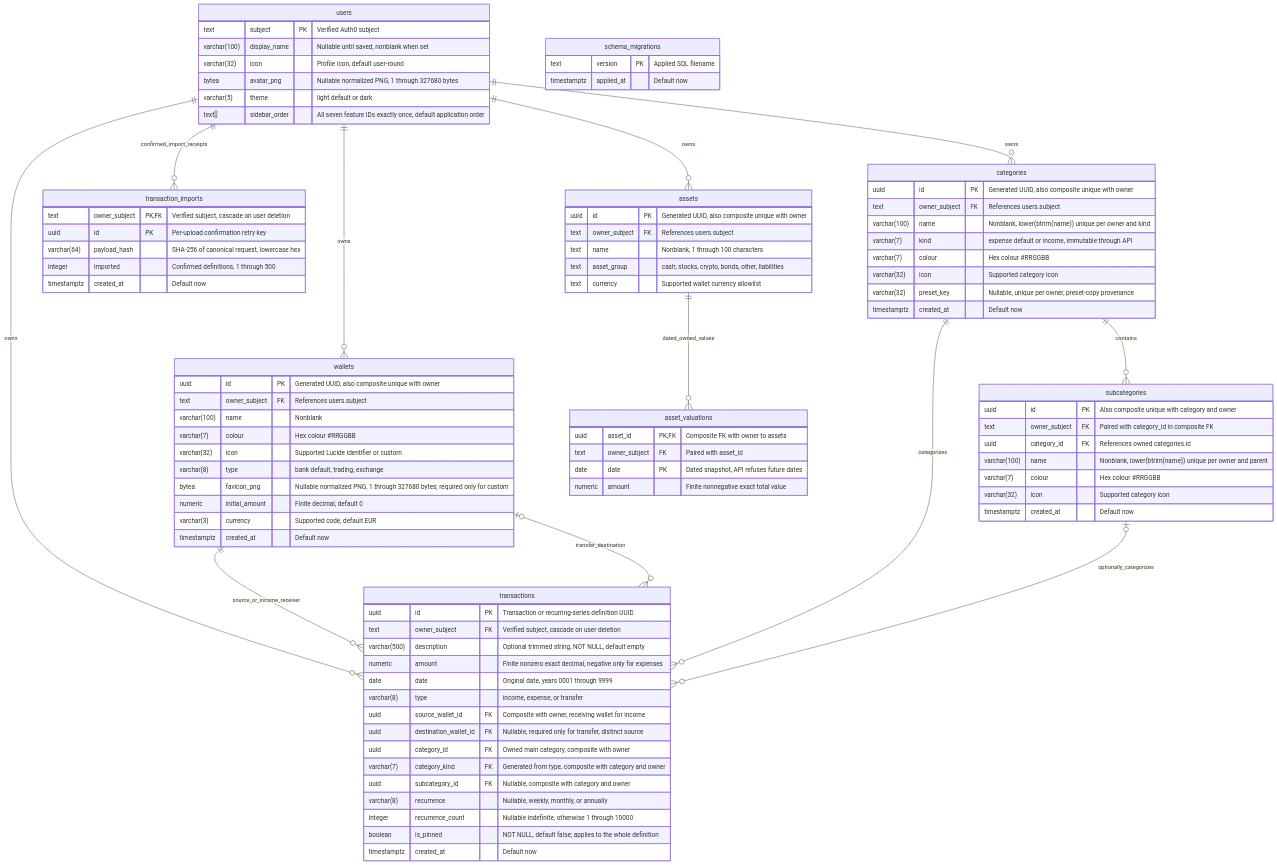
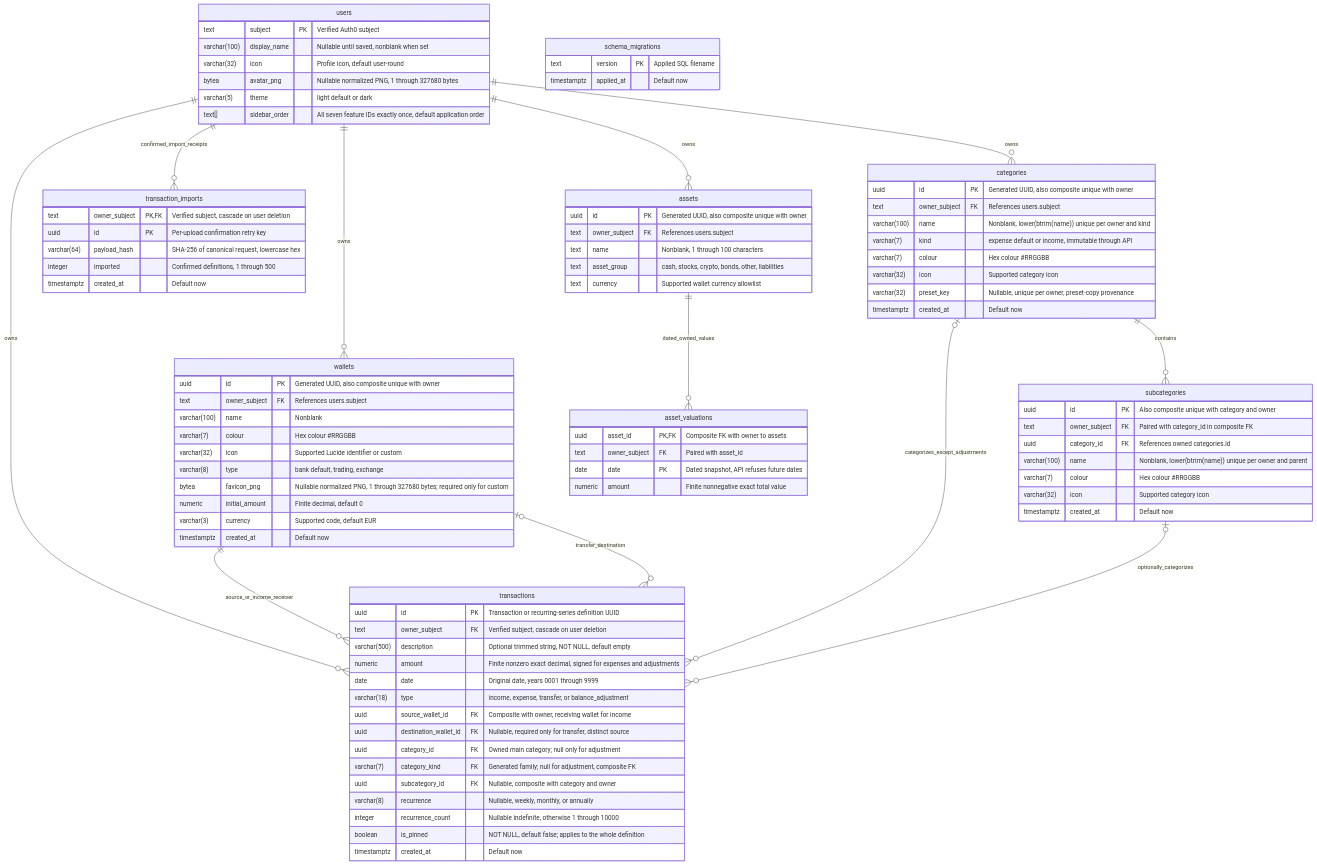
Before and after one commit to lucagiorgino/wealth: the first of 33 diagrams in docs/IMPLEMENTATION_STATUS.md, drawn with Mermaid. The commit also changed other lines of this file and 25 other files, not shown here.

First line of the commit message:
feat(transactions): add neutral next-month balance adjustments

```diff
--- a/docs/IMPLEMENTATION_STATUS.md
+++ b/docs/IMPLEMENTATION_STATUS.md
@@ -500,7 +500,7 @@
     assets ||--o{ asset_valuations : dated_owned_values
     wallets ||--o{ transactions : source_or_income_receiver
     wallets |o--o{ transactions : transfer_destination
-    categories ||--o{ transactions : categorizes
+    categories |o--o{ transactions : categorizes_except_adjustments
     subcategories |o--o{ transactions : optionally_categorizes
     users {
         text subject PK "Verified Auth0 subject"
@@ -558,13 +558,13 @@
         uuid id PK "Transaction or recurring-series definition UUID"
         text owner_subject FK "Verified subject, cascade on user deletion"
         varchar(500) description "Optional trimmed string, NOT NULL, default empty"
-        numeric amount "Finite nonzero exact decimal, negative only for expenses"
+        numeric amount "Finite nonzero exact decimal, signed for expenses and adjustments"
         date date "Original date, years 0001 through 9999"
-        varchar(8) type "income, expense, or transfer"
+        varchar(18) type "income, expense, transfer, or balance_adjustment"
         uuid source_wallet_id FK "Composite with owner, receiving wallet for income"
         uuid destination_wallet_id FK "Nullable, required only for transfer, distinct source"
-        uuid category_id FK "Owned main category, composite with owner"
-        varchar(7) category_kind FK "Generated from type, composite with category and owner"
+        uuid category_id FK "Owned main category; null only for adjustment"
+        varchar(7) category_kind FK "Generated family; null for adjustment, composite FK"
         uuid subcategory_id FK "Nullable, composite with category and owner"
         varchar(8) recurrence "Nullable, weekly, monthly, or annually"
         integer recurrence_count "Nullable indefinite, otherwise 1 through 10000"
```
